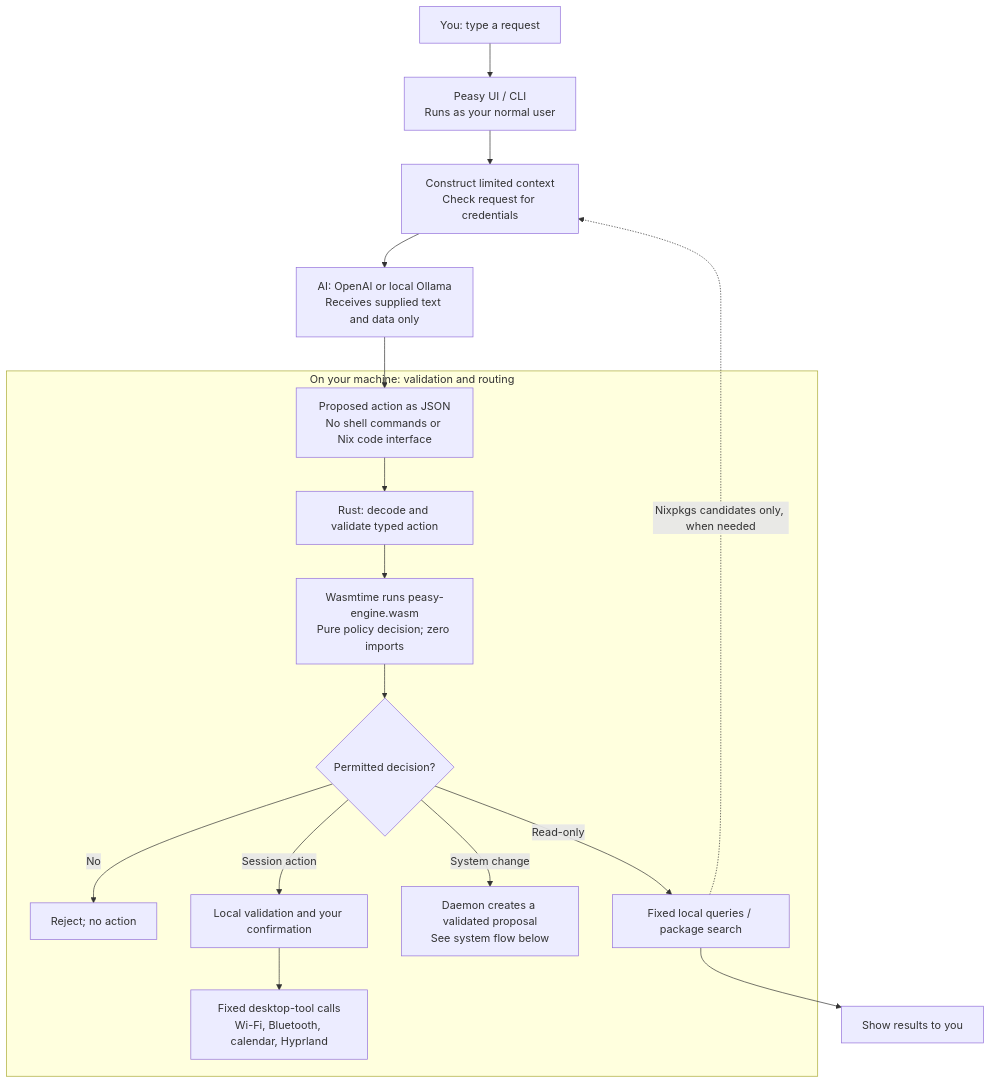
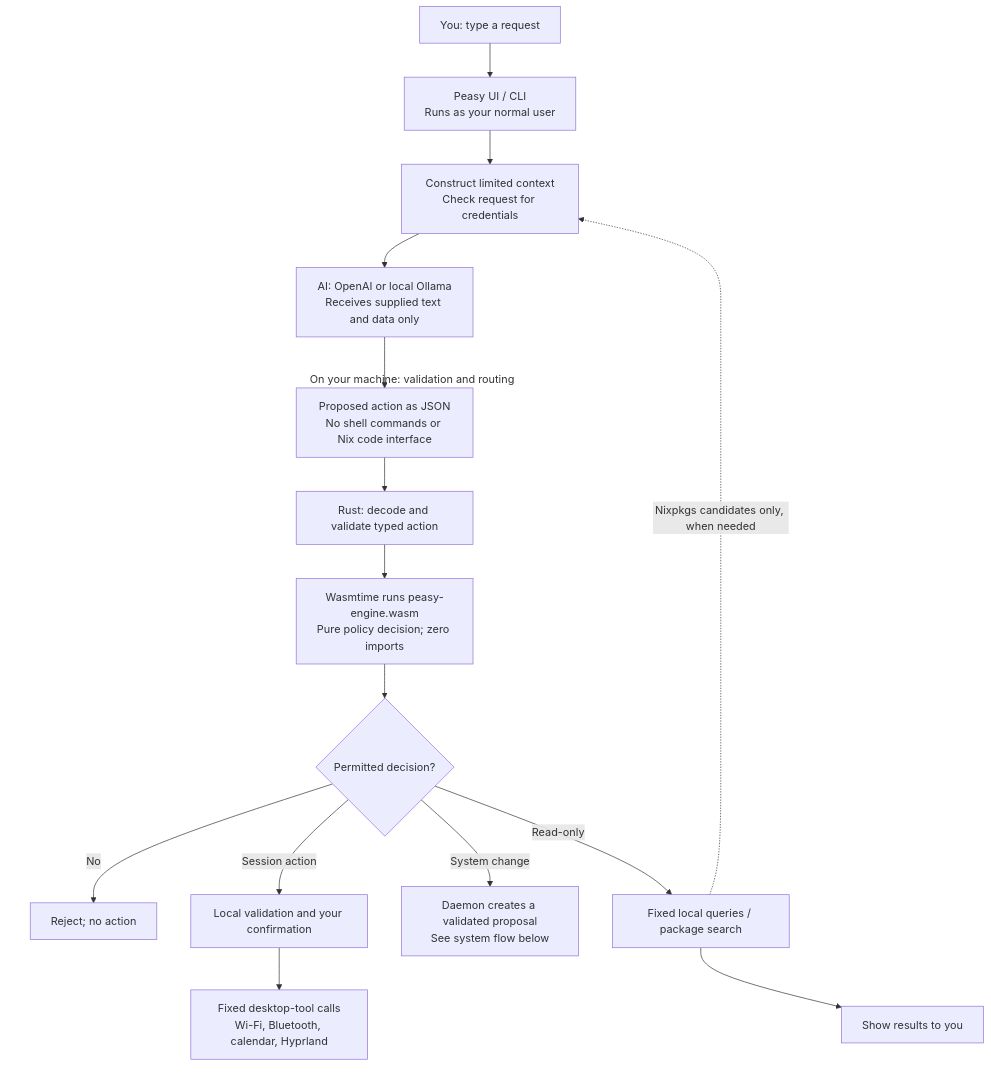
One commit to lnbits/peasy changed the first of 2 diagrams in docs/workflow-map.md. Above: the diagram before and after it, drawn with Mermaid.

````diff
--- a/docs/workflow-map.md
+++ b/docs/workflow-map.md
@@ -11,19 +11,20 @@
 ```mermaid
 flowchart TD
     person["You: type a request"] --> client["Peasy UI / CLI<br/>Runs as your normal user"]
     client --> context["Construct limited context<br/>Check request for credentials"]
     context --> ai["AI: OpenAI or local Ollama<br/>Receives supplied text and data only"]
     ai --> json["Proposed action as JSON<br/>No shell commands or Nix code interface"]
     subgraph local["On your machine: validation and routing"]
         json --> decode["Rust: decode and validate typed action"]
         decode --> wasm["Wasmtime runs peasy-engine.wasm<br/>Pure policy decision; zero imports"]
         wasm --> route{"Permitted decision?"}
         route -->|No| reject["Reject; no action"]
         route -->|Read-only| lookup["Fixed local queries / package search"]
         route -->|System change| system["Daemon creates a validated proposal<br/>See system flow below"]
         route -->|Session action| review["Local validation and your confirmation"]
         review --> desktop["Fixed desktop-tool calls<br/>Wi-Fi, Bluetooth, calendar, Hyprland"]
     end
+    style local fill:none,stroke:none
     lookup --> answer["Show results to you"]
     lookup -.->|"Nixpkgs candidates only, when needed"| context
 ```
````
